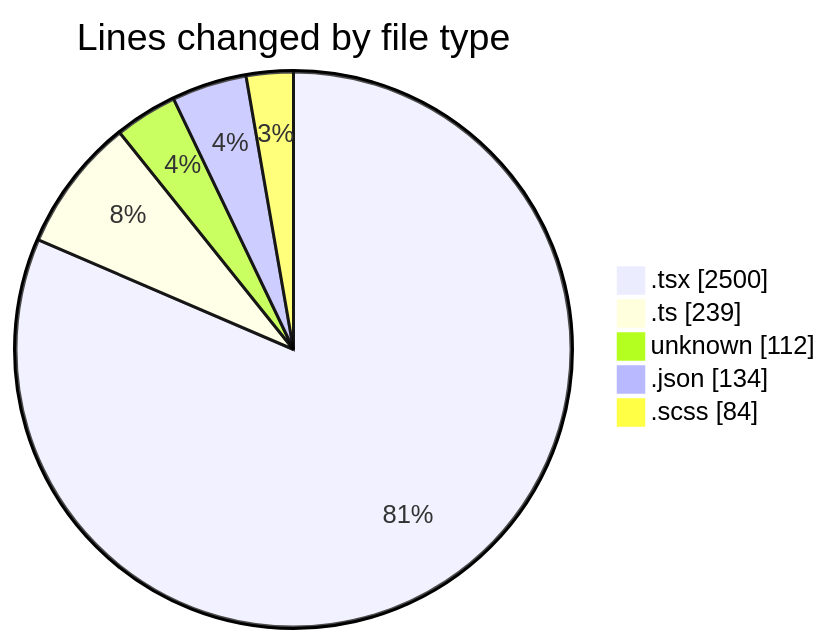
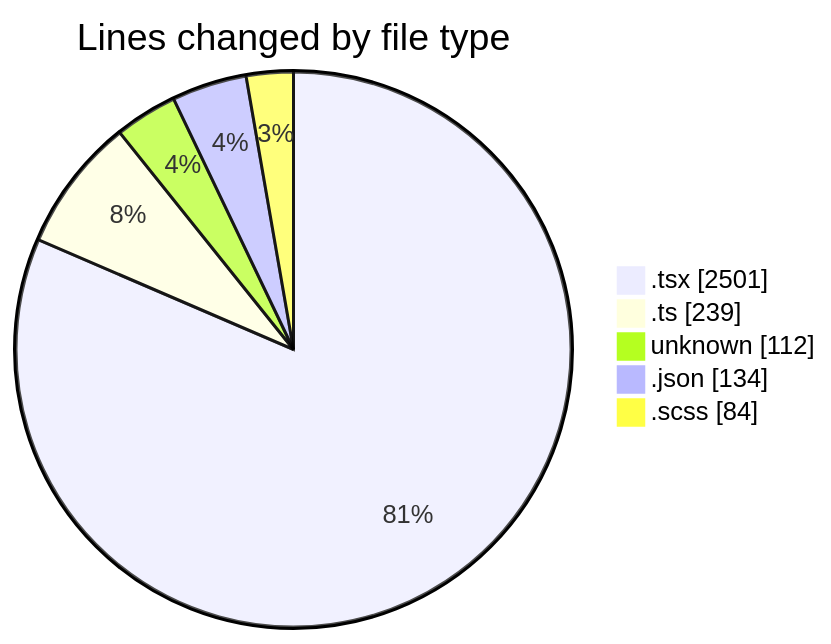
Before and after one commit to momahboobian/code-tracking: the first of 2 diagrams in 2026-04-28/cda/README.md, drawn with Mermaid. The commit also changed other lines of this file and 1 other file, not shown here.

````diff
--- a/2026-04-28/cda/README.md
+++ b/2026-04-28/cda/README.md
@@ -46,9 +46,9 @@
 ```mermaid
 pie showData
 title Lines changed by file type
-".tsx" : 2500
+".tsx" : 2501
 ".ts" : 239
 "unknown" : 112
 ".json" : 134
 ".scss" : 84
 ```
````
